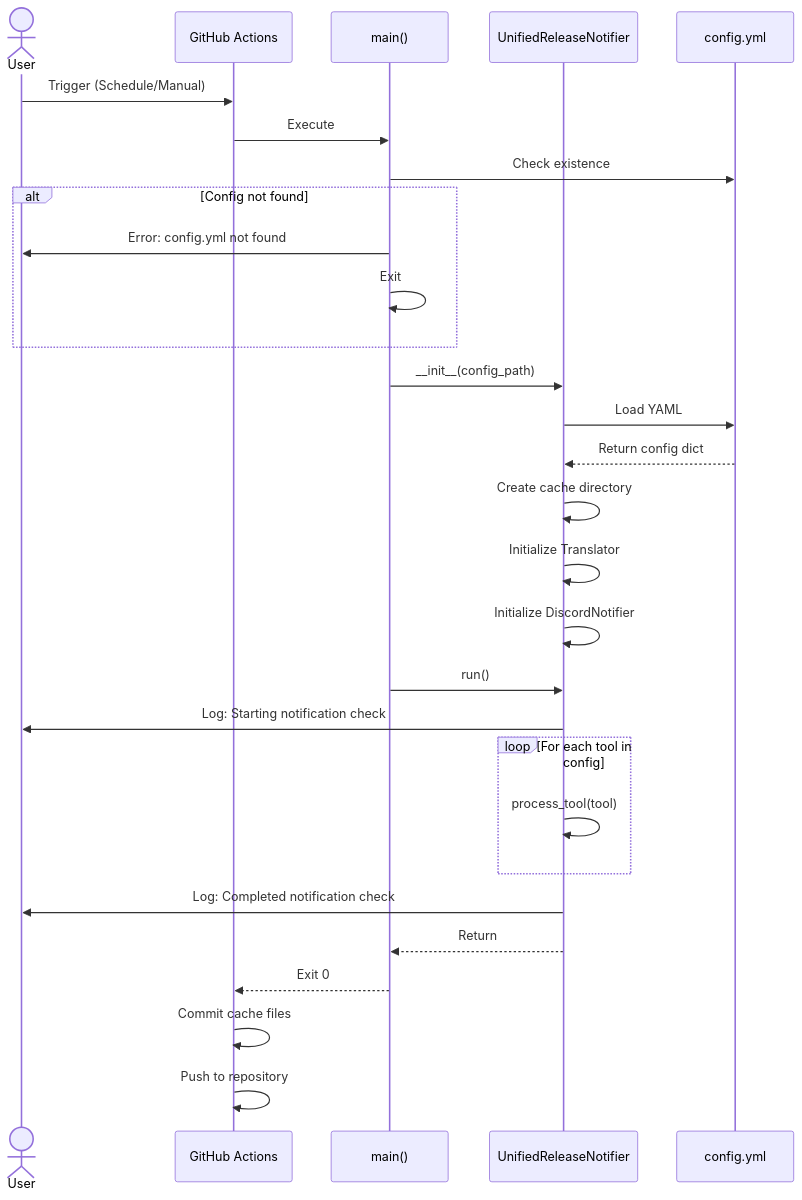
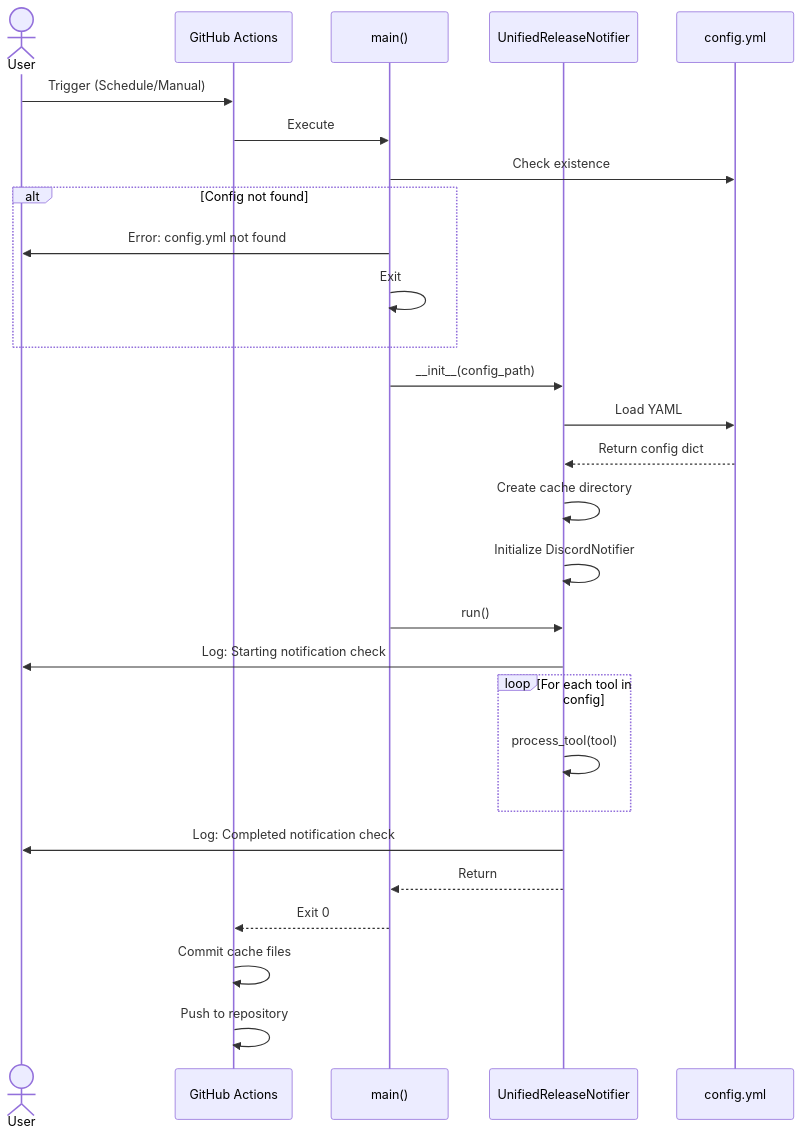
The first of 8 diagrams in docs/sequence-diagram.md (rysk-tanaka/devtools-release-notifier), drawn with Mermaid before and after one commit. The commit also changed 2 other files, not shown here.

Commit message:
refactor: remove translation config to unify with GitHub Actions integration

````diff
--- a/docs/sequence-diagram.md
+++ b/docs/sequence-diagram.md
@@ -7,40 +7,39 @@
 ```mermaid
 sequenceDiagram
     actor User
     participant GHA as GitHub Actions
     participant Main as main()
     participant URN as UnifiedReleaseNotifier
     participant Config as config.yml
 
     User->>GHA: Trigger (Schedule/Manual)
     GHA->>Main: Execute
 
     Main->>Config: Check existence
     alt Config not found
         Main->>User: Error: config.yml not found
         Main->>Main: Exit
     end
 
     Main->>URN: __init__(config_path)
     URN->>Config: Load YAML
     Config-->>URN: Return config dict
 
     URN->>URN: Create cache directory
-    URN->>URN: Initialize Translator
     URN->>URN: Initialize DiscordNotifier
 
     Main->>URN: run()
 
     URN->>User: Log: Starting notification check
 
     loop For each tool in config
         URN->>URN: process_tool(tool)
     end
 
     URN->>User: Log: Completed notification check
     URN-->>Main: Return
 
     Main-->>GHA: Exit 0
     GHA->>GHA: Commit cache files
     GHA->>GHA: Push to repository
 ```
````
